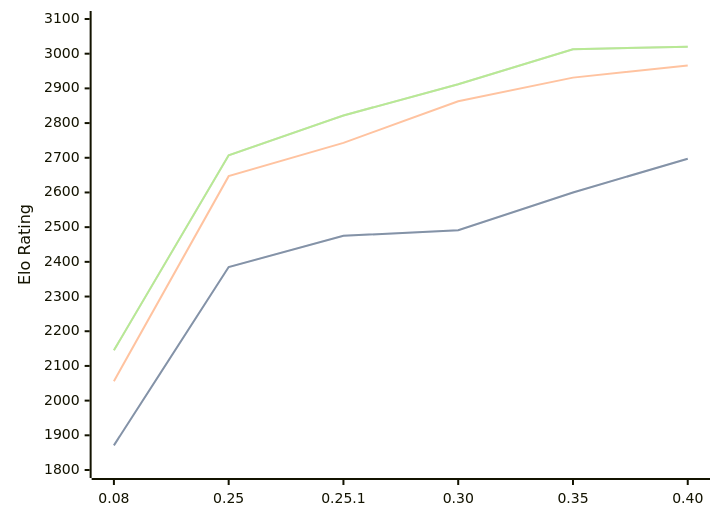
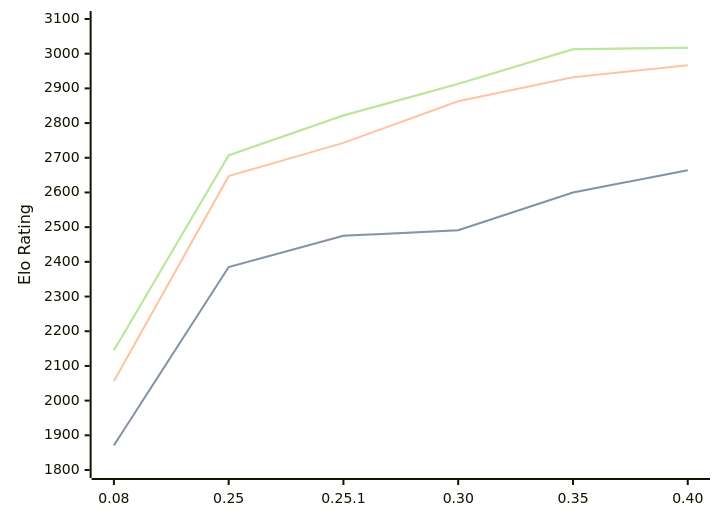
One commit to computer-chess-index/cci changed the third of 3 diagrams in engines/Gecko.md. Above: the diagram before and after it, drawn with Mermaid. The commit also changed other lines of this file, not shown here.

Commit message:
Update CCI Ratings (ELO VLTC) - 2026-06-18

````diff
--- a/engines/Gecko.md
+++ b/engines/Gecko.md
@@ -69,11 +69,11 @@
 ```mermaid
 %%{init: {"theme":"base","themeVariables":{"seriesColors:['#a3a3a3','#222221','#faa371']}}}%%
 xychart-beta
   x-axis ["0.08", "0.25", "0.25.1", "0.30", "0.35", "0.40"]
   y-axis "Elo Rating" 1800 --> 3100
-  line "STC (8.0+0.08s)" [1871, 2385, 2475, 2491, 2600, 2697]
-  line "STC (8.0+0.08s)" [1871, 2385, 2475, 2491, 2600, 2697]
-  line "LTC (60.0+0.60s)" [2056, 2647, 2743, 2863, 2931, 2966]
-  line "VLTC (2m24s+1.12s)" [2145, 2707, 2822, 2912, 3013, 3020]
-  line "VLTC (2m24s+1.12s)" [2145, 2707, 2822, 2912, 3013, 3020]
+  line "STC (8.0+0.08s)" [1871, 2385, 2475, 2491, 2600, 2664]
+  line "STC (8.0+0.08s)" [1871, 2385, 2475, 2491, 2600, 2664]
+  line "LTC (60.0+0.60s)" [2056, 2647, 2743, 2863, 2932, 2967]
+  line "VLTC (2m24s+1.12s)" [2145, 2707, 2822, 2913, 3013, 3017]
+  line "VLTC (2m24s+1.12s)" [2145, 2707, 2822, 2913, 3013, 3017]
 ```
````
